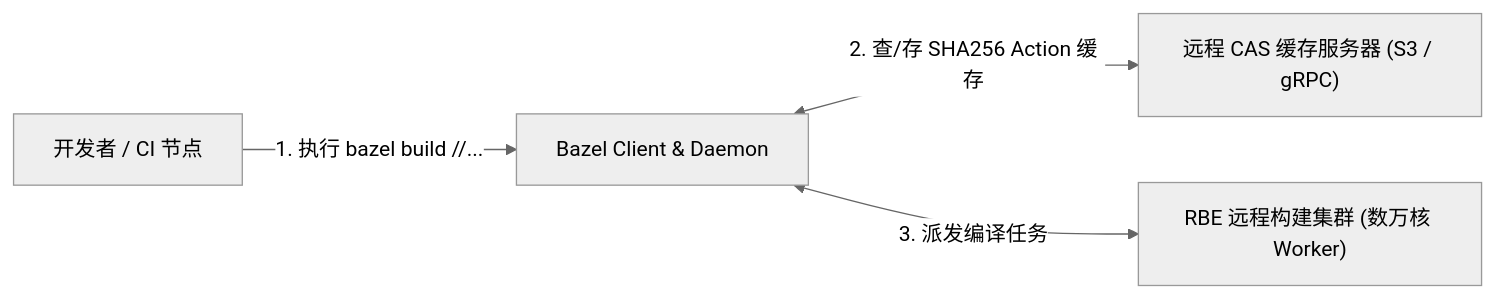
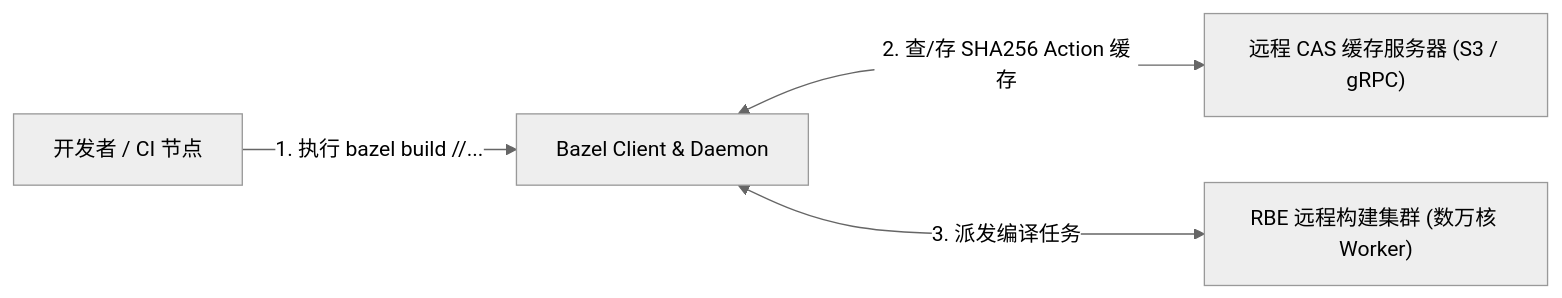
Before and after one commit to koosai/AI-Architect-Learning: the third of 7 diagrams in docs/atlas/bazel.mdx, drawn with Mermaid (neutral theme). The commit also changed other lines of this file and 68 other files, not shown here.

Commit message:
fix(atlas): fix browser client-side Mermaid rendering for mindmaps and flowcharts across 67 case studies

````diff
--- a/docs/atlas/bazel.mdx
+++ b/docs/atlas/bazel.mdx
@@ -112,6 +112,6 @@
 ```mermaid
 graph LR
   Developer["开发者 / CI 节点"] -->|1. 执行 bazel build //...| BazelClient["Bazel Client & Daemon"]
-  BazelClient <-->|2. 查/存 SHA256 Action 缓存| CASServer["远程 CAS 缓存服务器 (S3 / gRPC)"]
-  BazelClient <-->|3. 派发编译任务| RBECluster["RBE 远程构建集群 (数万核 Worker)"]
+  BazelClient <--->|2. 查/存 SHA256 Action 缓存| CASServer["远程 CAS 缓存服务器 (S3 / gRPC)"]
+  BazelClient <--->|3. 派发编译任务| RBECluster["RBE 远程构建集群 (数万核 Worker)"]
 ```
````
